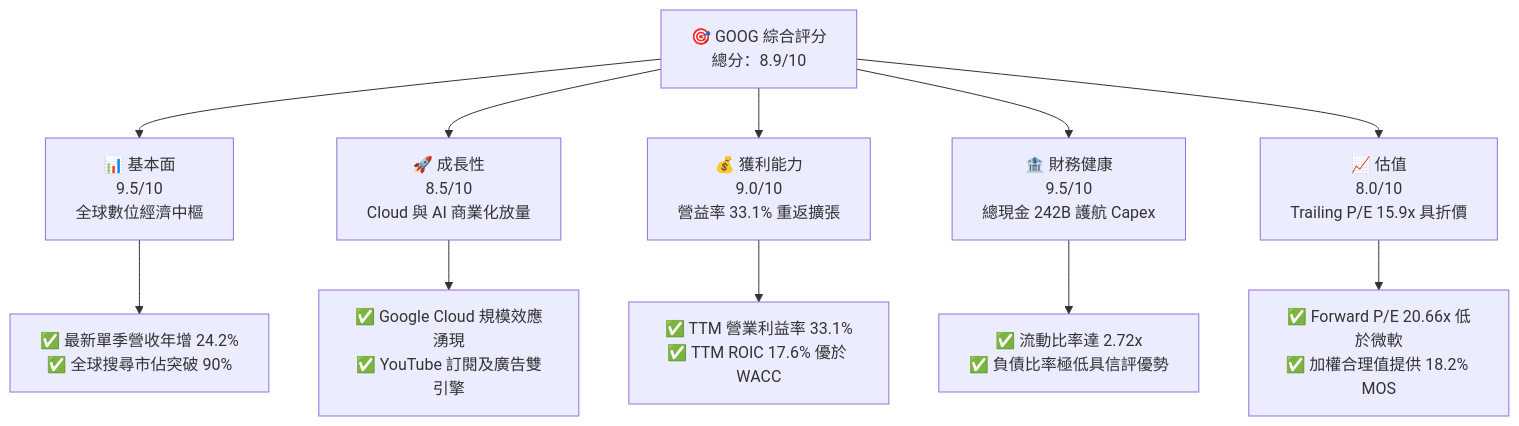
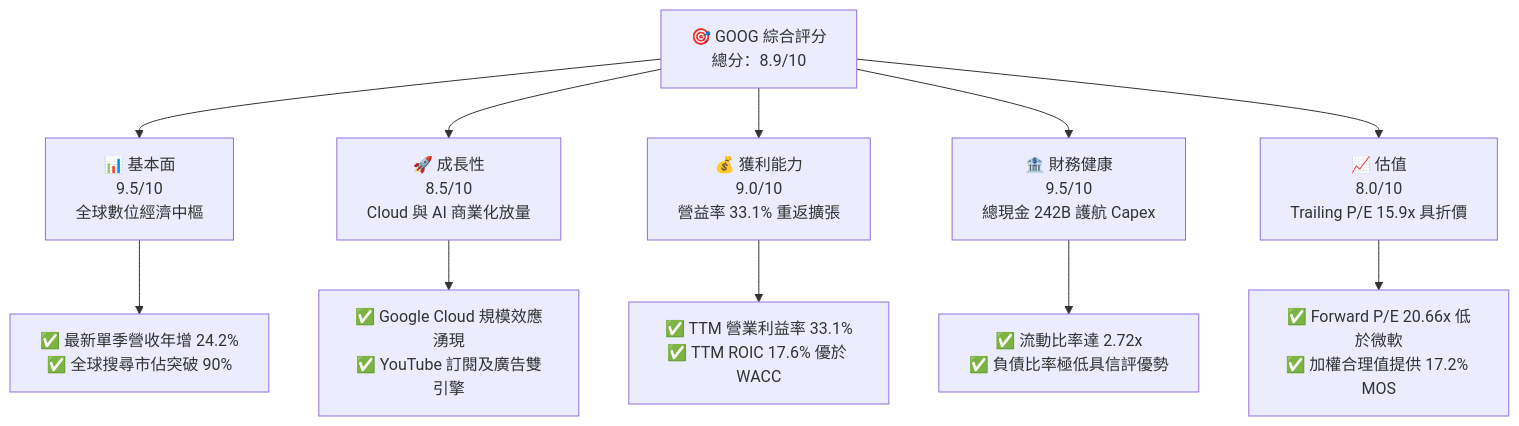
The first of 15 diagrams in ai_gen_report/fundamental/goog/fundamental_analysis_2026-10-23_gemini.md (yennanliu/finance_data), drawn with Mermaid before and after one commit. The commit also changed other lines of this file and 339 other files, not shown here.

````diff
--- a/ai_gen_report/fundamental/goog/fundamental_analysis_2026-10-23_gemini.md
+++ b/ai_gen_report/fundamental/goog/fundamental_analysis_2026-10-23_gemini.md
@@ -75,22 +75,22 @@
 ```mermaid
 graph TD
     TICKER["🎯 GOOG 綜合評分<br/>總分：8.9/10"]
 
     F["📊 基本面<br/>9.5/10<br/>全球數位經濟中樞"]
     G["🚀 成長性<br/>8.5/10<br/>Cloud 與 AI 商業化放量"]
     P["💰 獲利能力<br/>9.0/10<br/>營益率 33.1% 重返擴張"]
     B["🏦 財務健康<br/>9.5/10<br/>總現金 242B 護航 Capex"]
     V["📈 估值<br/>8.0/10<br/>Trailing P/E 15.9x 具折價"]
 
     TICKER --> F
     TICKER --> G
     TICKER --> P
     TICKER --> B
     TICKER --> V
 
     F --> F1["✅ 最新單季營收年增 24.2%<br/>✅ 全球搜尋市佔突破 90%"]
     G --> G1["✅ Google Cloud 規模效應湧現<br/>✅ YouTube 訂閱及廣告雙引擎"]
     P --> P1["✅ TTM 營業利益率 33.1%<br/>✅ TTM ROIC 17.6% 優於 WACC"]
     B --> B1["✅ 流動比率達 2.72x<br/>✅ 負債比率極低具信評優勢"]
-    V --> V1["✅ Forward P/E 20.66x 低於微軟<br/>✅ 加權合理值提供 18.2% MOS"]
+    V --> V1["✅ Forward P/E 20.66x 低於微軟<br/>✅ 加權合理值提供 17.2% MOS"]
 ```
````
